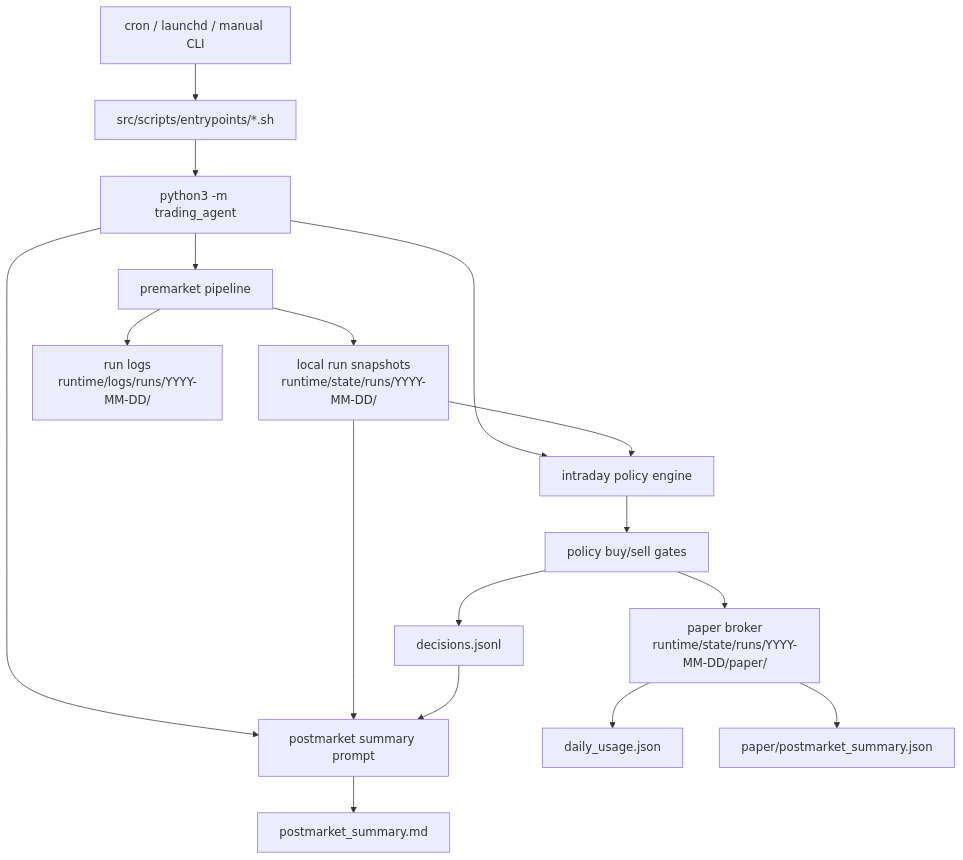
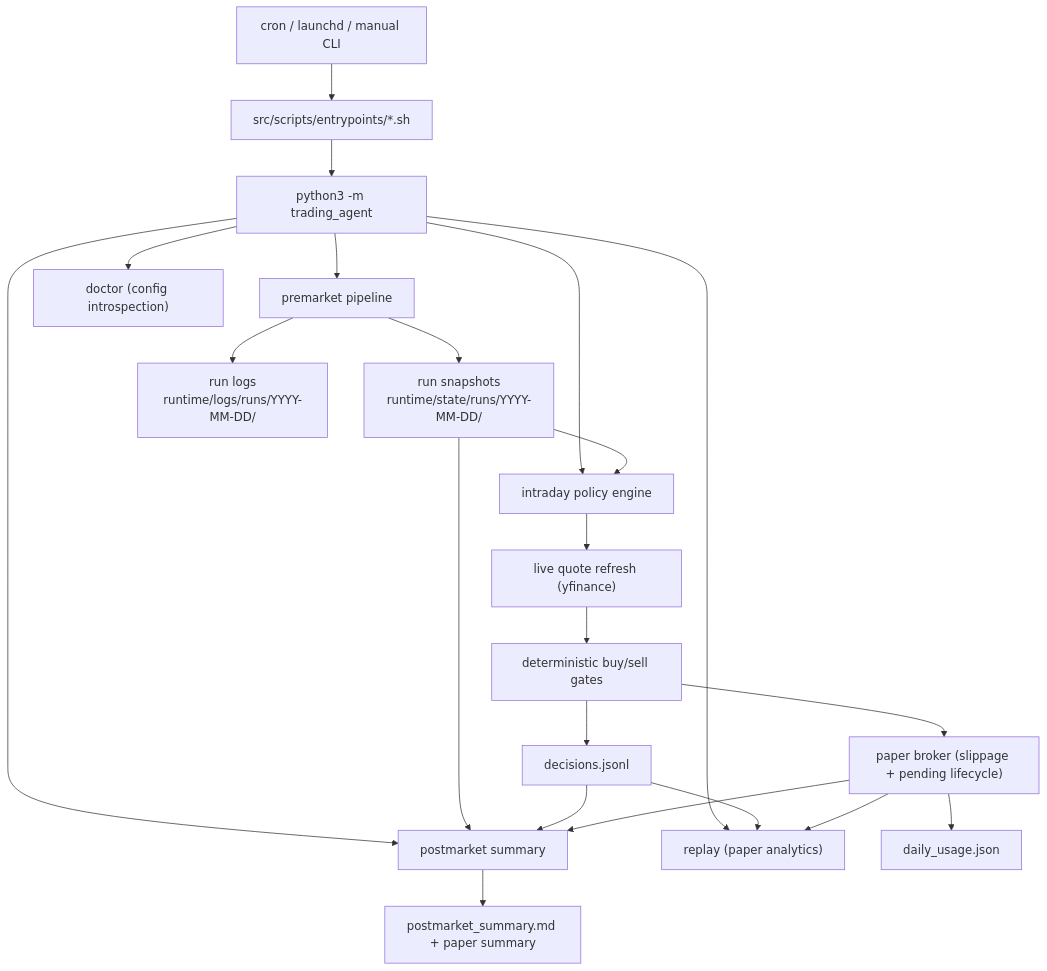
Before and after one commit to poi233/robinhood-codex-agent: the first of 2 diagrams in README.md, drawn with Mermaid. The commit also changed other lines of this file and 4 other files, not shown here.

First line of the commit message:
Rewrite README and reorganize docs into status + roadmap

````diff
--- a/README.md
+++ b/README.md
@@ -36,23 +50,29 @@
 ```mermaid
 flowchart TD
     Scheduler["cron / launchd / manual CLI"] --> Entrypoints["src/scripts/entrypoints/*.sh"]
     Entrypoints --> CLI["python3 -m trading_agent"]
 
     CLI --> Premarket["premarket pipeline"]
     CLI --> Intraday["intraday policy engine"]
-    CLI --> Postmarket["postmarket summary prompt"]
+    CLI --> Postmarket["postmarket summary"]
+    CLI --> Doctor["doctor (config introspection)"]
+    CLI --> Replay["replay (paper analytics)"]
 
-    Premarket --> Snapshots["local run snapshots<br/>runtime/state/runs/YYYY-MM-DD/"]
+    Premarket --> Snapshots["run snapshots<br/>runtime/state/runs/YYYY-MM-DD/"]
     Premarket --> Logs["run logs<br/>runtime/logs/runs/YYYY-MM-DD/"]
 
     Snapshots --> Intraday
-    Intraday --> Policy["policy buy/sell gates"]
-    Policy --> Paper["paper broker<br/>runtime/state/runs/YYYY-MM-DD/paper/"]
+    Intraday --> LiveQuotes["live quote refresh (yfinance)"]
+    LiveQuotes --> Policy["deterministic buy/sell gates"]
+    Policy --> Paper["paper broker (slippage + pending lifecycle)"]
     Paper --> Usage["daily_usage.json"]
     Policy --> Decisions["decisions.jsonl"]
 
     Snapshots --> Postmarket
     Decisions --> Postmarket
-    Postmarket --> Summary["postmarket_summary.md"]
-    Paper --> PaperSummary["paper/postmarket_summary.json"]
+    Paper --> Postmarket
+    Postmarket --> Summary["postmarket_summary.md + paper summary"]
+
+    Decisions --> Replay
+    Paper --> Replay
 ```
````
